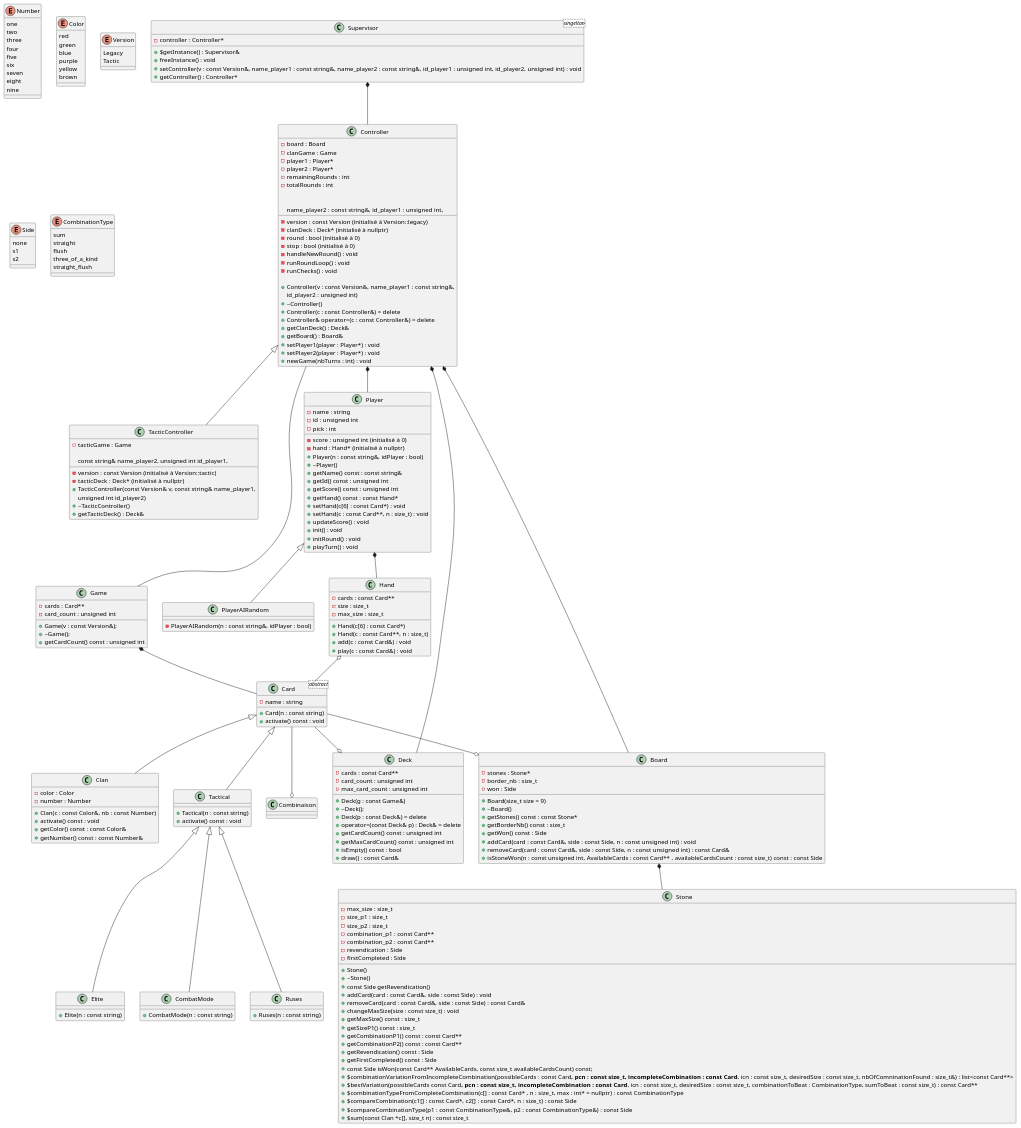
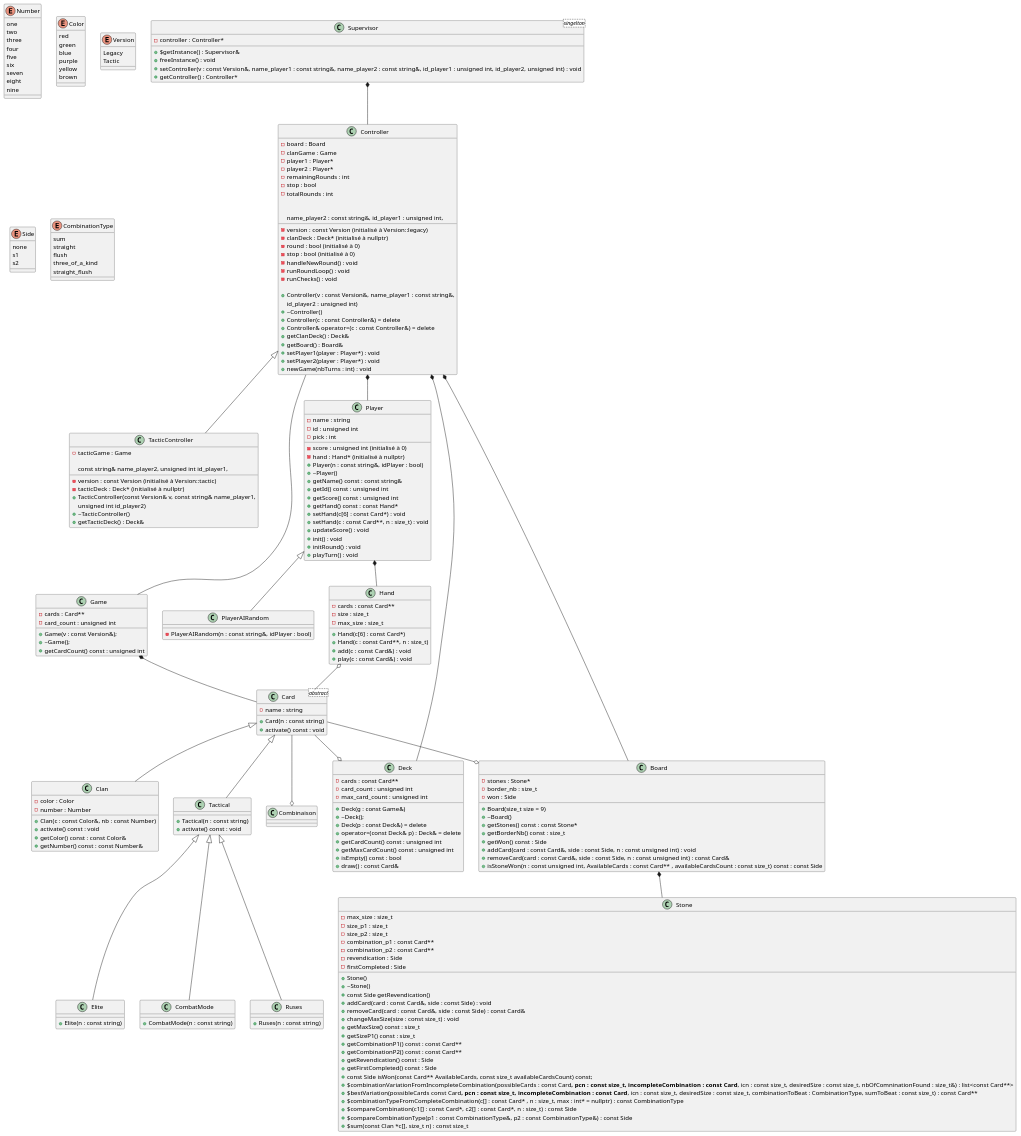
One commit to Ryustiel/LO21-Projet changed the diagram in uml.plantuml. Above: the diagram before and after it, drawn with PlantUML.

```diff
--- a/uml.plantuml
+++ b/uml.plantuml
@@ -62,6 +62,7 @@
 	- round : bool (initialisé à 0)
     - stop : bool (initialisé à 0)
     - remainingRounds : int
+    - stop : bool
     - totalRounds : int
 
     - handleNewRound() : void
```
